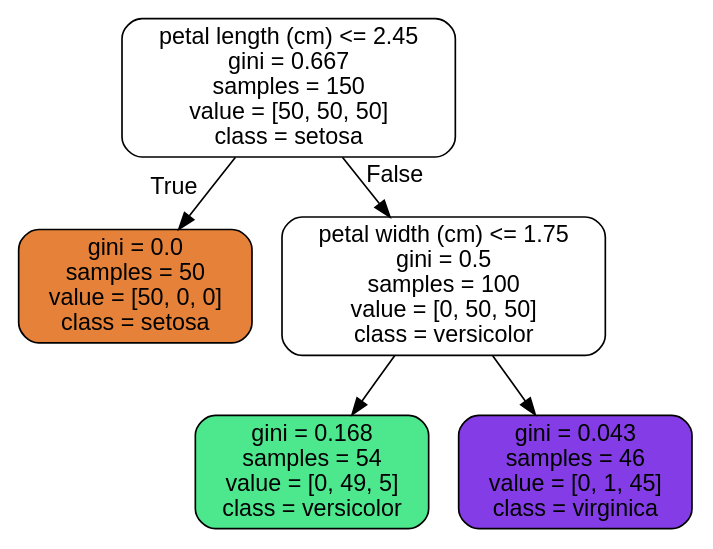
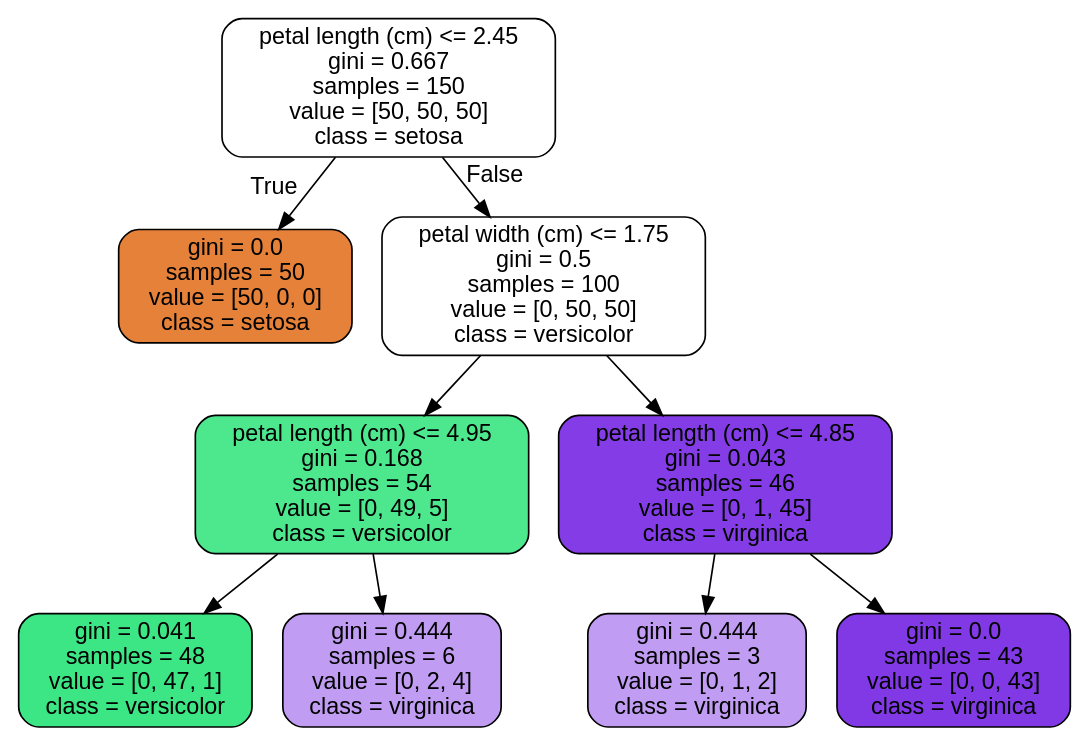
Before and after one commit to maneshss/Mangithub: the diagram in iris_tree.dot, drawn with Graphviz. The commit also changed 1637 other files, not shown here.

```diff
--- a/iris_tree.dot
+++ b/iris_tree.dot
@@ -1,13 +1,21 @@
 digraph Tree {
 node [shape=box, style="filled, rounded", color="black", fontname="helvetica"] ;
 edge [fontname="helvetica"] ;
 0 [label="petal length (cm) <= 2.45\ngini = 0.667\nsamples = 150\nvalue = [50, 50, 50]\nclass = setosa", fillcolor="#ffffff"] ;
 1 [label="gini = 0.0\nsamples = 50\nvalue = [50, 0, 0]\nclass = setosa", fillcolor="#e58139"] ;
 0 -> 1 [labeldistance=2.5, labelangle=45, headlabel="True"] ;
 2 [label="petal width (cm) <= 1.75\ngini = 0.5\nsamples = 100\nvalue = [0, 50, 50]\nclass = versicolor", fillcolor="#ffffff"] ;
 0 -> 2 [labeldistance=2.5, labelangle=-45, headlabel="False"] ;
-3 [label="gini = 0.168\nsamples = 54\nvalue = [0, 49, 5]\nclass = versicolor", fillcolor="#4de88e"] ;
+3 [label="petal length (cm) <= 4.95\ngini = 0.168\nsamples = 54\nvalue = [0, 49, 5]\nclass = versicolor", fillcolor="#4de88e"] ;
 2 -> 3 ;
-4 [label="gini = 0.043\nsamples = 46\nvalue = [0, 1, 45]\nclass = virginica", fillcolor="#843de6"] ;
-2 -> 4 ;
+4 [label="gini = 0.041\nsamples = 48\nvalue = [0, 47, 1]\nclass = versicolor", fillcolor="#3de684"] ;
+3 -> 4 ;
+5 [label="gini = 0.444\nsamples = 6\nvalue = [0, 2, 4]\nclass = virginica", fillcolor="#c09cf2"] ;
+3 -> 5 ;
+6 [label="petal length (cm) <= 4.85\ngini = 0.043\nsamples = 46\nvalue = [0, 1, 45]\nclass = virginica", fillcolor="#843de6"] ;
+2 -> 6 ;
+7 [label="gini = 0.444\nsamples = 3\nvalue = [0, 1, 2]\nclass = virginica", fillcolor="#c09cf2"] ;
+6 -> 7 ;
+8 [label="gini = 0.0\nsamples = 43\nvalue = [0, 0, 43]\nclass = virginica", fillcolor="#8139e5"] ;
+6 -> 8 ;
 }
```
